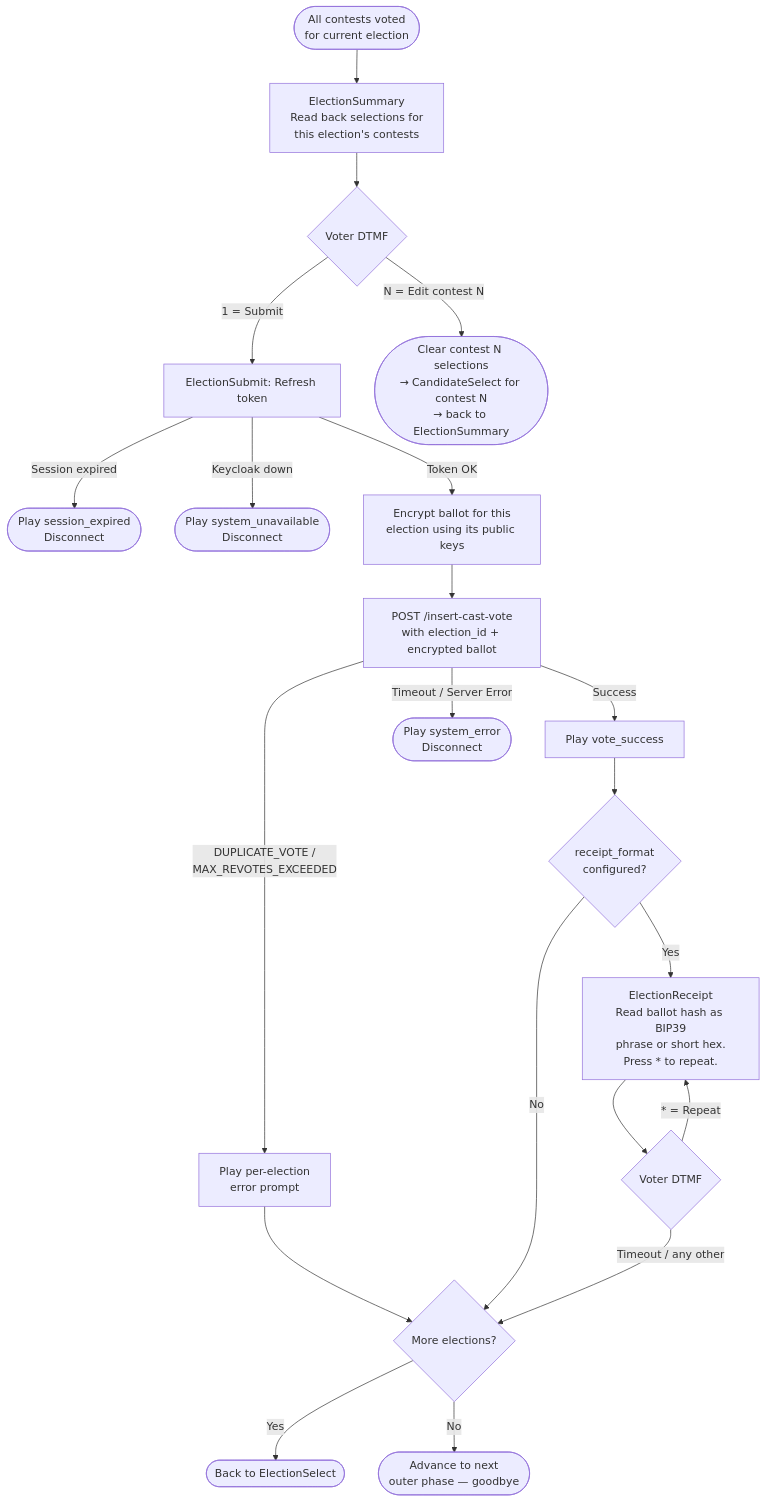
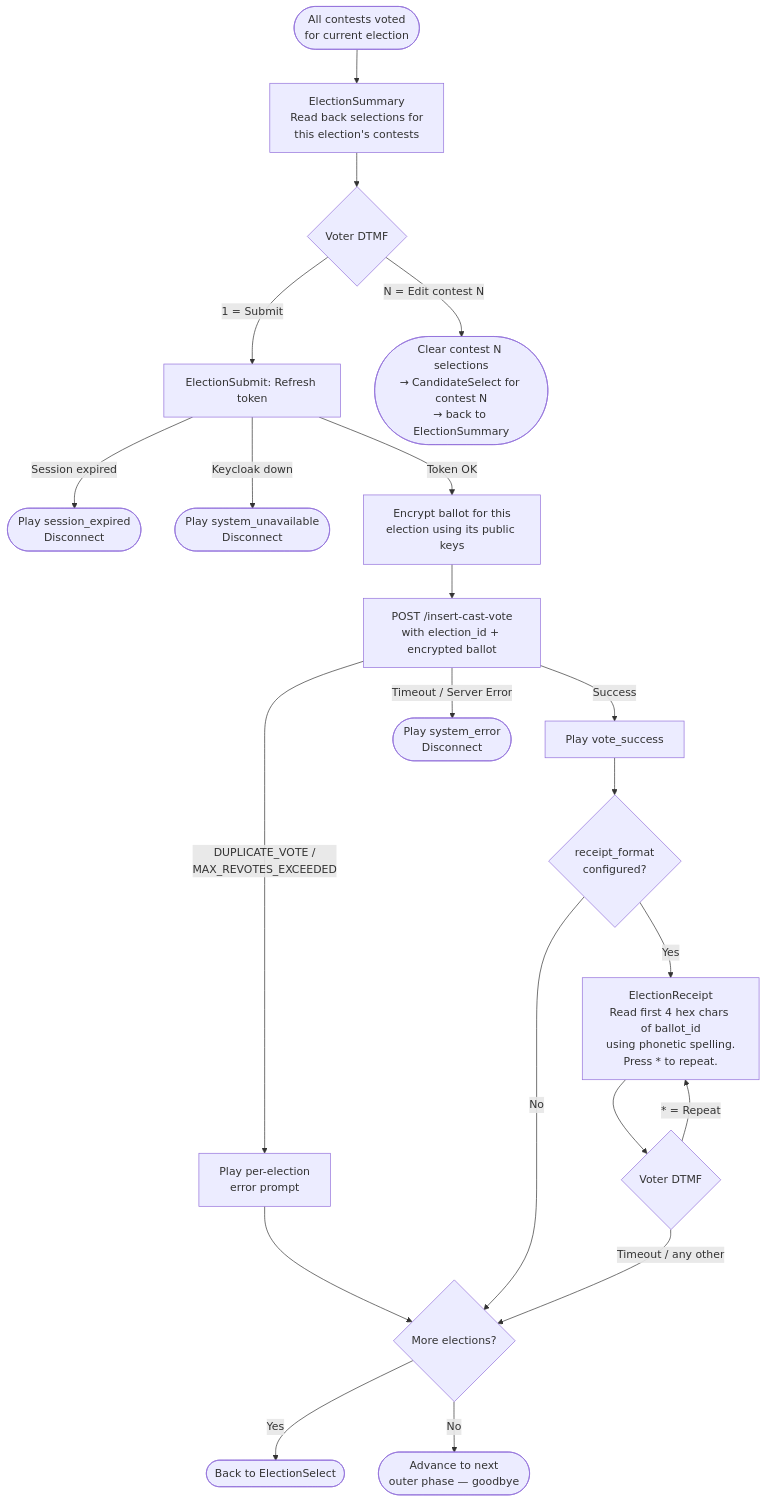
The third of 13 diagrams in docs/docusaurus/docs/07-developers/12-ivr/ivr-system-design.md (sequentech/step), drawn with Mermaid before and after one commit. The commit also changed other lines of this file, not shown here.

````diff
--- a/docs/docusaurus/docs/07-developers/12-ivr/ivr-system-design.md
+++ b/docs/docusaurus/docs/07-developers/12-ivr/ivr-system-design.md
@@ -150,29 +149,29 @@
 ```mermaid
 flowchart TD
     START([All contests voted<br/>for current election]) --> SUM[ElectionSummary<br/>Read back selections for<br/>this election's contests]
     SUM --> SUM_INPUT{Voter DTMF}
     SUM_INPUT -->|"1 = Submit"| TOKEN[ElectionSubmit: Refresh token]
     SUM_INPUT -->|"N = Edit contest N"| EDIT([Clear contest N selections<br/>→ CandidateSelect for contest N<br/>→ back to ElectionSummary])
 
     TOKEN -->|"Session expired"| TOKEN_ERR([Play session_expired<br/>Disconnect])
     TOKEN -->|"Keycloak down"| KC_ERR([Play system_unavailable<br/>Disconnect])
     TOKEN -->|Token OK| ENCRYPT[Encrypt ballot for this<br/>election using its public keys]
     ENCRYPT --> CAST[POST /insert-cast-vote<br/>with election_id + encrypted ballot]
 
     CAST -->|Success| CAST_OK[Play vote_success]
     CAST -->|"DUPLICATE_VOTE /<br/>MAX_REVOTES_EXCEEDED"| CAST_WARN[Play per-election<br/>error prompt]
     CAST -->|"Timeout / Server Error"| SRV_ERR([Play system_error<br/>Disconnect])
 
     CAST_OK --> RCPT{receipt_format<br/>configured?}
     CAST_WARN --> NEXT
 
     RCPT -->|No| NEXT
-    RCPT -->|Yes| RCPT_READ[ElectionReceipt<br/>Read ballot hash as BIP39<br/>phrase or short hex.<br/>Press * to repeat.]
+    RCPT -->|Yes| RCPT_READ[ElectionReceipt<br/>Read first 4 hex chars of ballot_id<br/>using phonetic spelling.<br/>Press * to repeat.]
     RCPT_READ --> RCPT_INPUT{Voter DTMF}
     RCPT_INPUT -->|"* = Repeat"| RCPT_READ
     RCPT_INPUT -->|"Timeout / any other"| NEXT
 
     NEXT{More elections?}
     NEXT -->|Yes| ELEC_SEL([Back to ElectionSelect])
     NEXT -->|No| DONE([Advance to next<br/>outer phase — goodbye])
 ```
````
